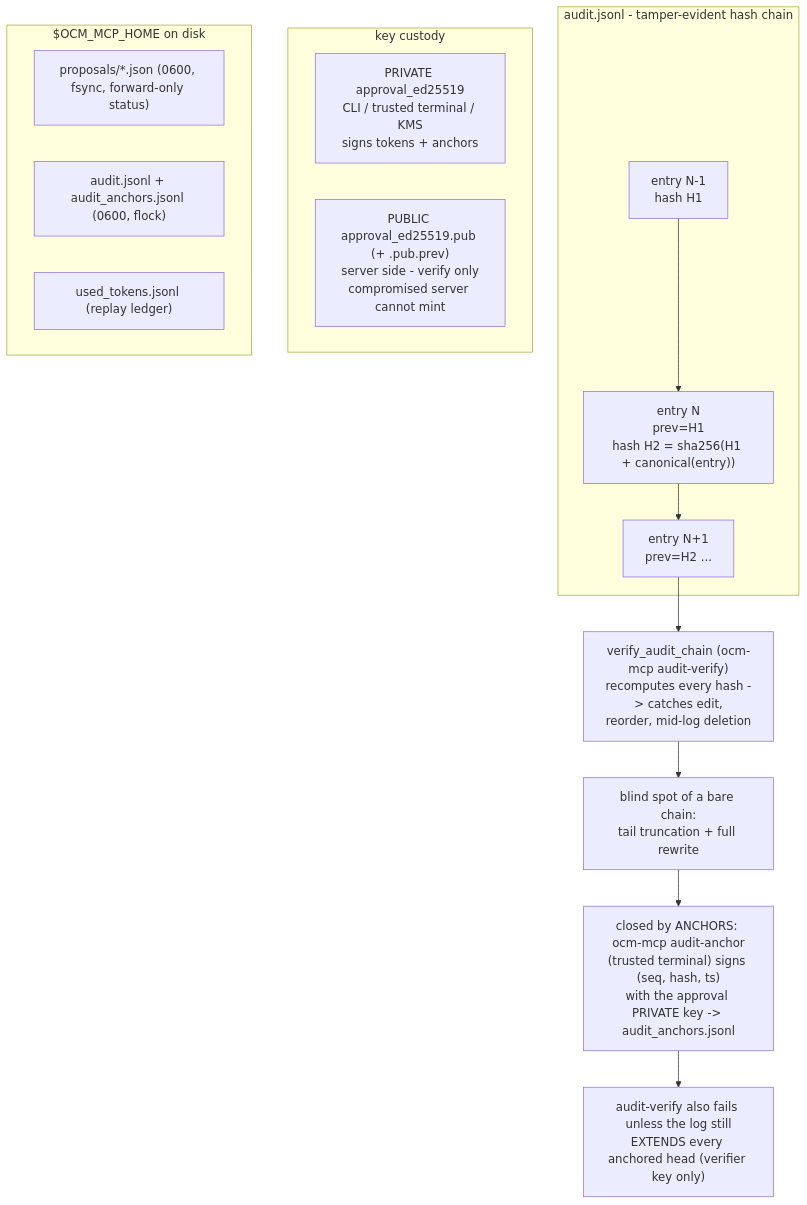
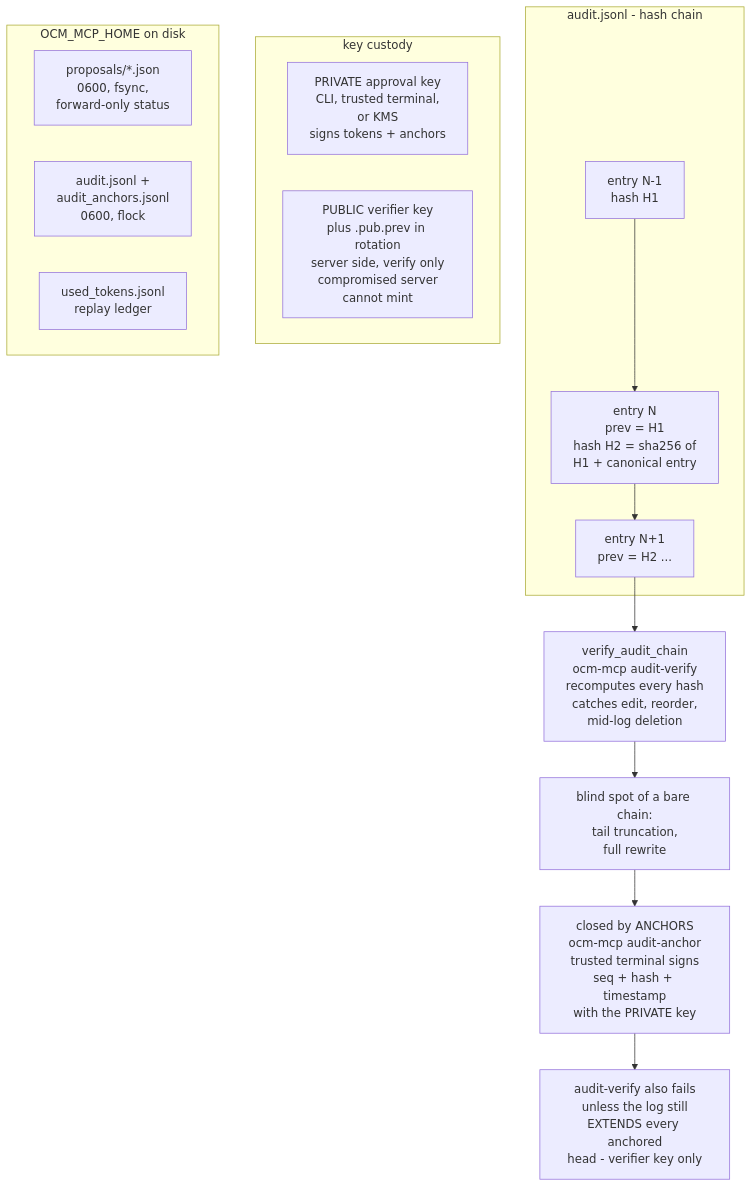
One commit to ocm-mcp-server/ocm-mcp-server changed the fifth of 5 diagrams in docs/architecture.md. Above: the diagram before and after it, drawn with Mermaid. The commit also changed other lines of this file, not shown here.

First line of the commit message:
docs(architecture): stop GitHub Mermaid from clipping node labels

````diff
--- a/docs/architecture.md
+++ b/docs/architecture.md
@@ -227,22 +227,22 @@
 ```mermaid
 flowchart TD
-    subgraph AUD["audit.jsonl - tamper-evident hash chain"]
-        A1["entry N-1<br/>hash H1"] --> A2["entry N<br/>prev=H1<br/>hash H2 = sha256(H1 + canonical(entry))"]
-        A2 --> A3["entry N+1<br/>prev=H2 ..."]
+    subgraph AUD["audit.jsonl - hash chain"]
+        A1["entry N-1<br/>hash H1"] --> A2["entry N<br/>prev = H1<br/>hash H2 = sha256 of<br/>H1 + canonical entry"]
+        A2 --> A3["entry N+1<br/>prev = H2 ..."]
     end
-    A3 --> V1["verify_audit_chain (ocm-mcp audit-verify)<br/>recomputes every hash -> catches edit,<br/>reorder, mid-log deletion"]
-    V1 --> V2["blind spot of a bare chain:<br/>tail truncation + full rewrite"]
-    V2 --> V3["closed by ANCHORS: ocm-mcp audit-anchor<br/>(trusted terminal) signs (seq, hash, ts)<br/>with the approval PRIVATE key -> audit_anchors.jsonl"]
-    V3 --> V4["audit-verify also fails unless the log still<br/>EXTENDS every anchored head (verifier key only)"]
+    A3 --> V1["verify_audit_chain<br/>ocm-mcp audit-verify<br/>recomputes every hash<br/>catches edit, reorder,<br/>mid-log deletion"]
+    V1 --> V2["blind spot of a bare chain:<br/>tail truncation,<br/>full rewrite"]
+    V2 --> V3["closed by ANCHORS<br/>ocm-mcp audit-anchor<br/>trusted terminal signs<br/>seq + hash + timestamp<br/>with the PRIVATE key"]
+    V3 --> V4["audit-verify also fails<br/>unless the log still<br/>EXTENDS every anchored<br/>head - verifier key only"]
 
     subgraph KEYS["key custody"]
-        K1["PRIVATE approval_ed25519<br/>CLI / trusted terminal / KMS<br/>signs tokens + anchors"]
-        K2["PUBLIC approval_ed25519.pub (+ .pub.prev)<br/>server side - verify only<br/>compromised server cannot mint"]
+        K1["PRIVATE approval key<br/>CLI, trusted terminal,<br/>or KMS<br/>signs tokens + anchors"]
+        K2["PUBLIC verifier key<br/>plus .pub.prev in rotation<br/>server side, verify only<br/>compromised server<br/>cannot mint"]
     end
 
-    subgraph FILES["$OCM_MCP_HOME on disk"]
-        F1["proposals/*.json (0600, fsync, forward-only status)"]
-        F2["audit.jsonl + audit_anchors.jsonl (0600, flock)"]
-        F3["used_tokens.jsonl (replay ledger)"]
+    subgraph FILES["OCM_MCP_HOME on disk"]
+        F1["proposals/*.json<br/>0600, fsync,<br/>forward-only status"]
+        F2["audit.jsonl +<br/>audit_anchors.jsonl<br/>0600, flock"]
+        F3["used_tokens.jsonl<br/>replay ledger"]
     end
 ```
````
